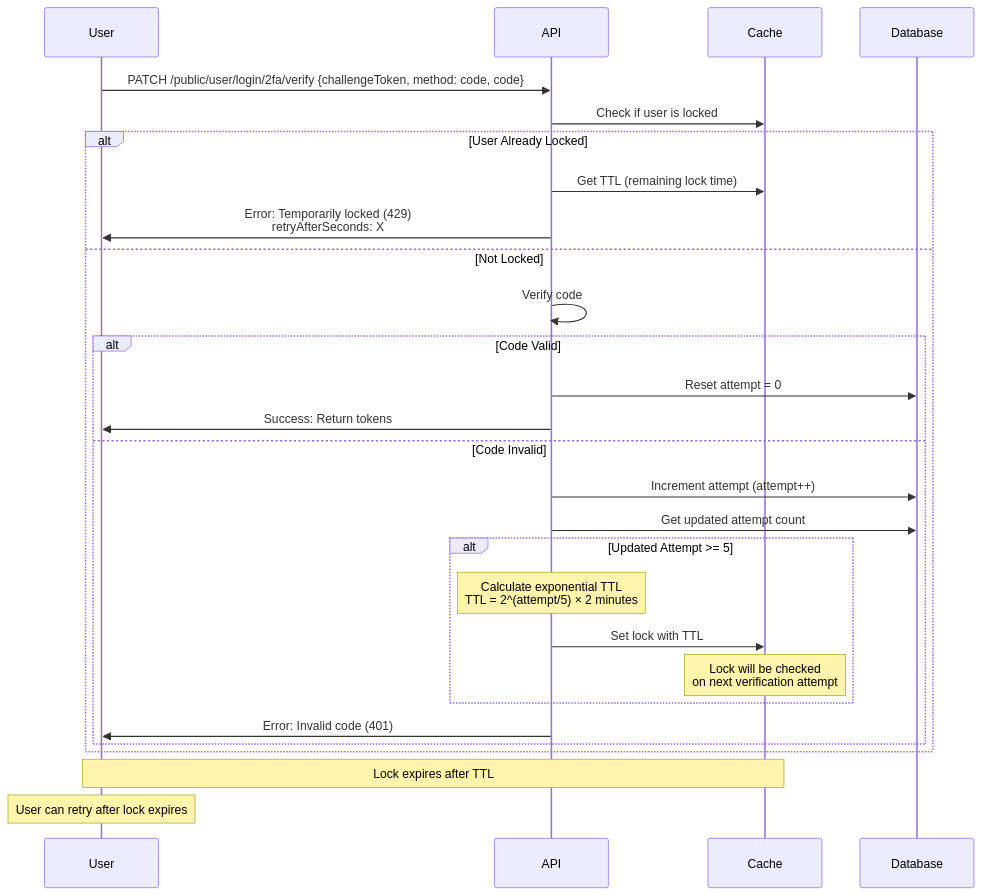
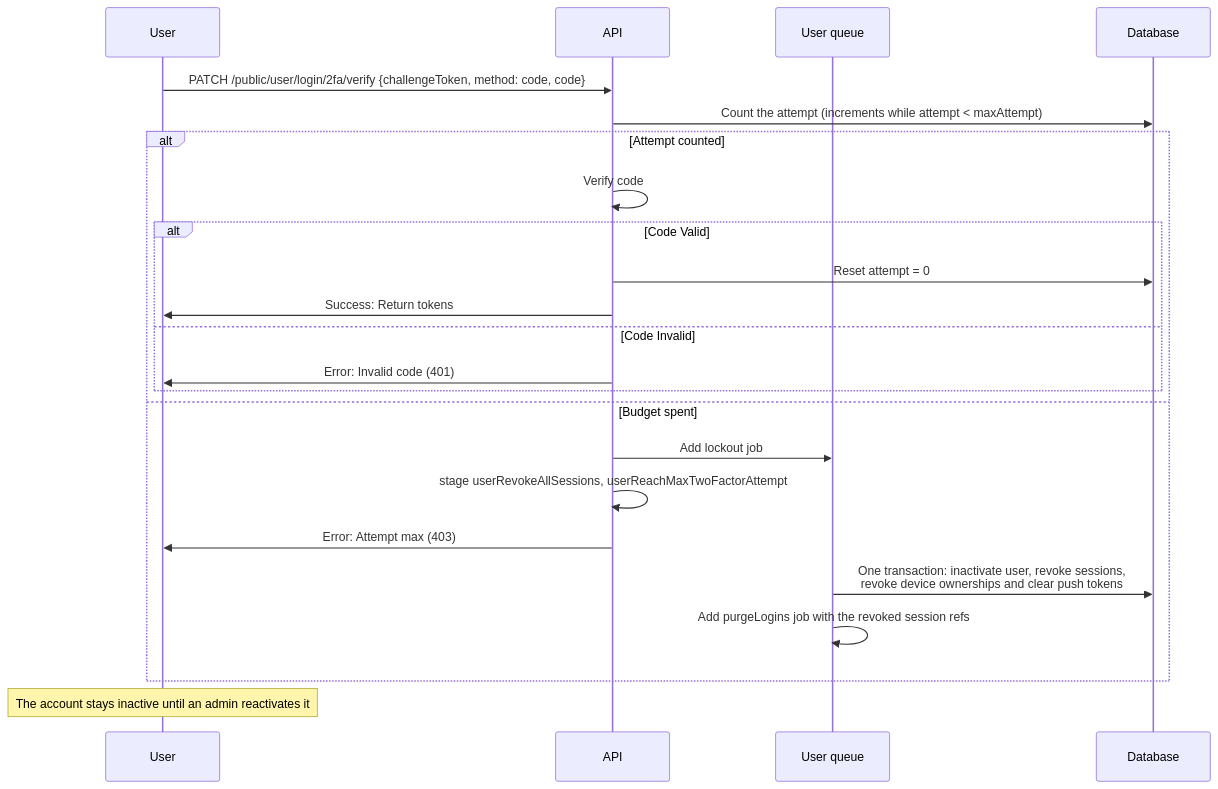
Before and after one commit to andrechristikan/ack-nestjs-boilerplate: the fifth of 9 diagrams in docs/two-factor.md, drawn with Mermaid. The commit also changed other lines of this file and 95 other files, not shown here.

Commit message:
feat(user): resend verification on unverified login and hold one signed-in user per device

````diff
--- a/docs/two-factor.md
+++ b/docs/two-factor.md
@@ -412,35 +374,28 @@
 ```mermaid
 sequenceDiagram
     participant User
     participant API
-    participant Cache
+    participant Queue as User queue
     participant Database
 
     User->>API: PATCH /public/user/login/2fa/verify {challengeToken, method: code, code}
-    API->>Cache: Check if user is locked
+    API->>Database: Count the attempt (increments while attempt < maxAttempt)
 
-    alt User Already Locked
-        API->>Cache: Get TTL (remaining lock time)
-        API->>User: Error: Temporarily locked (429)<br/>retryAfterSeconds: X
-    else Not Locked
+    alt Attempt counted
         API->>API: Verify code
         alt Code Valid
             API->>Database: Reset attempt = 0
             API->>User: Success: Return tokens
         else Code Invalid
-            API->>Database: Increment attempt (attempt++)
-            API->>Database: Get updated attempt count
-
-            alt Updated Attempt >= 5
-                Note over API: Calculate exponential TTL<br/>TTL = 2^(attempt/5) × 2 minutes
-                API->>Cache: Set lock with TTL
-                Note over Cache: Lock will be checked<br/>on next verification attempt
-            end
-
             API->>User: Error: Invalid code (401)
         end
+    else Budget spent
+        API->>Queue: Add lockout job
+        API->>API: stage userRevokeAllSessions, userReachMaxTwoFactorAttempt
+        API->>User: Error: Attempt max (403)
+        Queue->>Database: One transaction: inactivate user, revoke sessions,<br/>revoke device ownerships and clear push tokens
+        Queue->>Queue: Add purgeLogins job with the revoked session refs
     end
 
-    Note over User,Cache: Lock expires after TTL
-    Note over User: User can retry after lock expires
+    Note over User: The account stays inactive until an admin reactivates it
 ```
````
